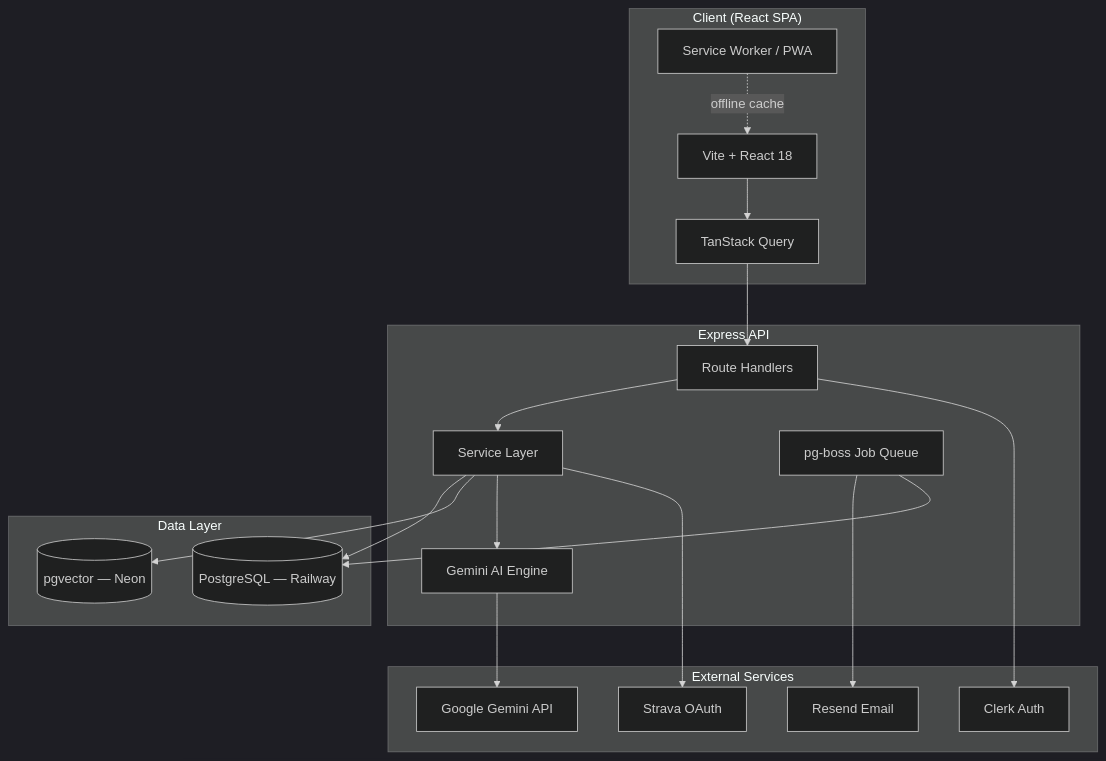
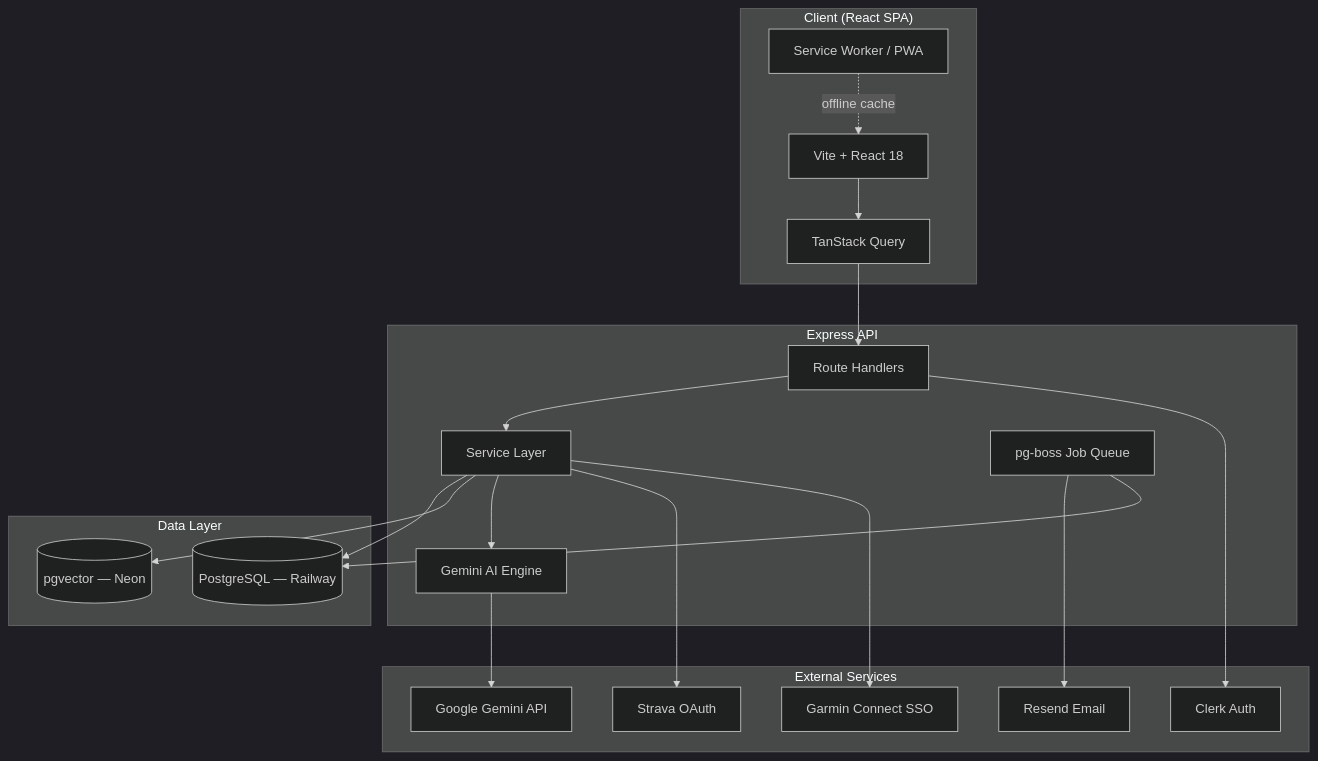
The first of 2 diagrams in README.md (daler91/Hyrox-Companion), drawn with Mermaid (dark theme) before and after one commit. The commit also changed other lines of this file and 11 other files, not shown here.

````diff
--- a/README.md
+++ b/README.md
@@ -107,38 +117,40 @@
 ```mermaid
 flowchart TB
     subgraph Client["Client (React SPA)"]
         UI[Vite + React 18]
         TQ[TanStack Query]
         SW[Service Worker / PWA]
     end
 
     subgraph Server["Express API"]
         API[Route Handlers]
         Services[Service Layer]
         Gemini[Gemini AI Engine]
         Queue[pg-boss Job Queue]
     end
 
     subgraph Data["Data Layer"]
         PG[(PostgreSQL — Railway)]
         PGV[(pgvector — Neon)]
     end
 
     subgraph External["External Services"]
         Clerk[Clerk Auth]
         Strava[Strava OAuth]
+        Garmin[Garmin Connect SSO]
         Resend[Resend Email]
         GeminiAPI[Google Gemini API]
     end
 
     UI --> TQ --> API
     API --> Services
     Services --> PG
     Services --> PGV
     Services --> Gemini --> GeminiAPI
     API --> Clerk
     Services --> Strava
+    Services --> Garmin
     Queue --> Resend
     Queue --> PG
     SW -.->|offline cache| UI
 ```
````
